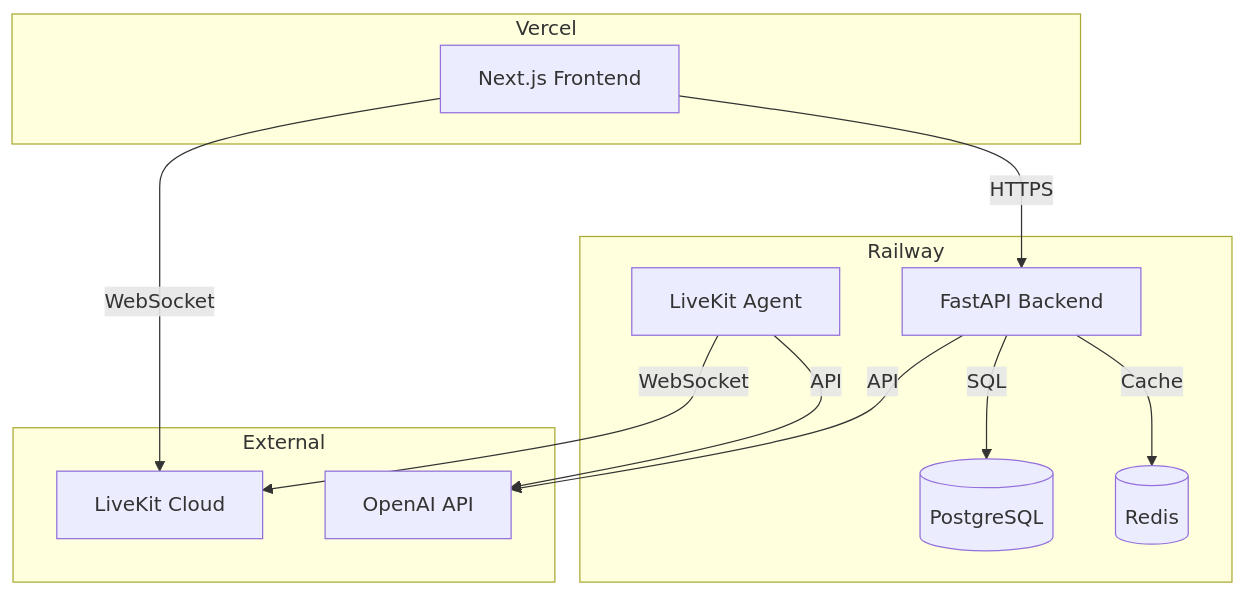
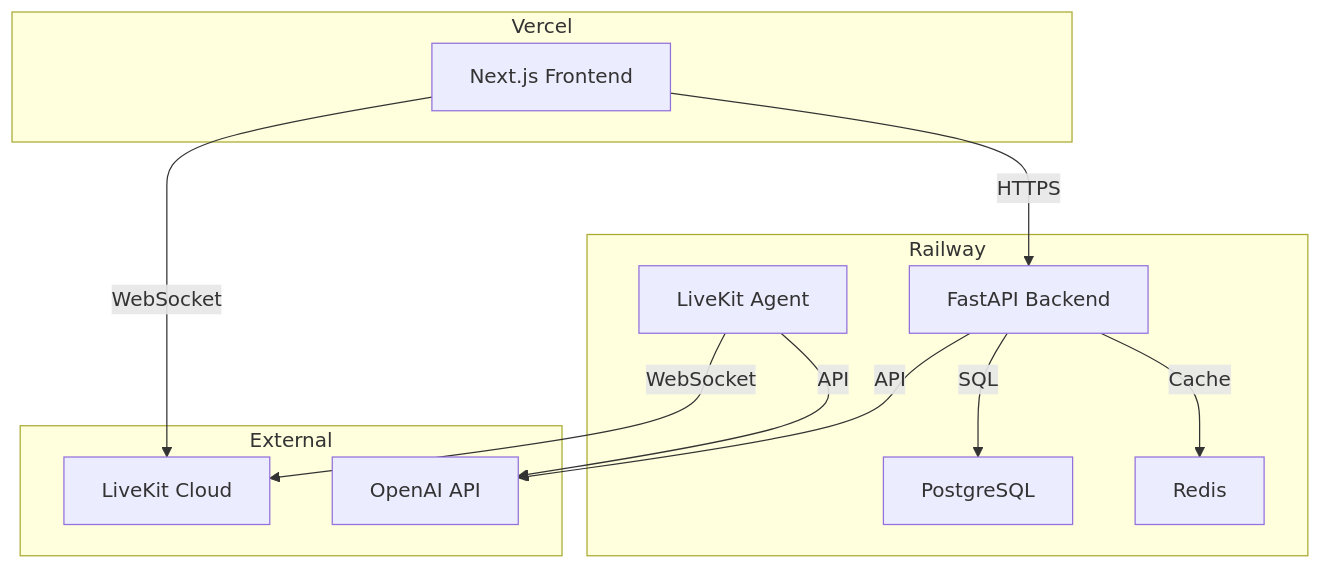
Before and after one commit to StephaneWamba/InterviewLab: the diagram in docs/DEPLOYMENT.md, drawn with Mermaid. The commit also changed other lines of this file and 6 other files, not shown here.

Commit message:
Add concise explanations between diagrams in documentation - show deep system knowledge

````diff
--- a/docs/DEPLOYMENT.md
+++ b/docs/DEPLOYMENT.md
@@ -10,26 +10,26 @@
 ```mermaid
 graph TB
-    subgraph "Vercel"
+    subgraph Vercel["Vercel"]
         FE[Next.js Frontend]
     end
 
-    subgraph "Railway"
+    subgraph Railway["Railway"]
         API[FastAPI Backend]
         AGENT[LiveKit Agent]
-        DB[(PostgreSQL)]
-        REDIS[(Redis)]
+        DB[PostgreSQL]
+        REDIS[Redis]
     end
 
-    subgraph "External"
+    subgraph External["External"]
         LK[LiveKit Cloud]
         OPENAI[OpenAI API]
     end
 
     FE -->|HTTPS| API
     FE -->|WebSocket| LK
     API -->|SQL| DB
     API -->|Cache| REDIS
     AGENT -->|WebSocket| LK
     AGENT -->|API| OPENAI
     API -->|API| OPENAI
 ```
````
